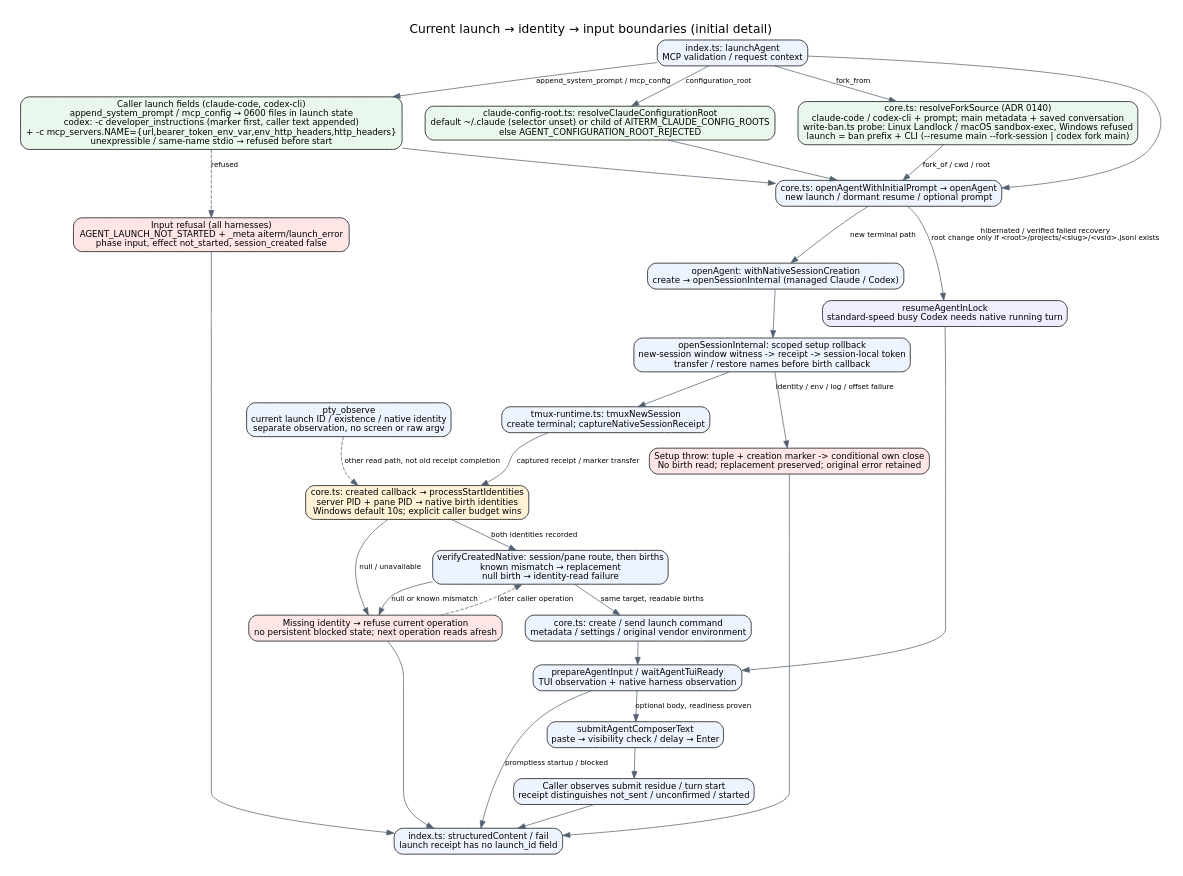
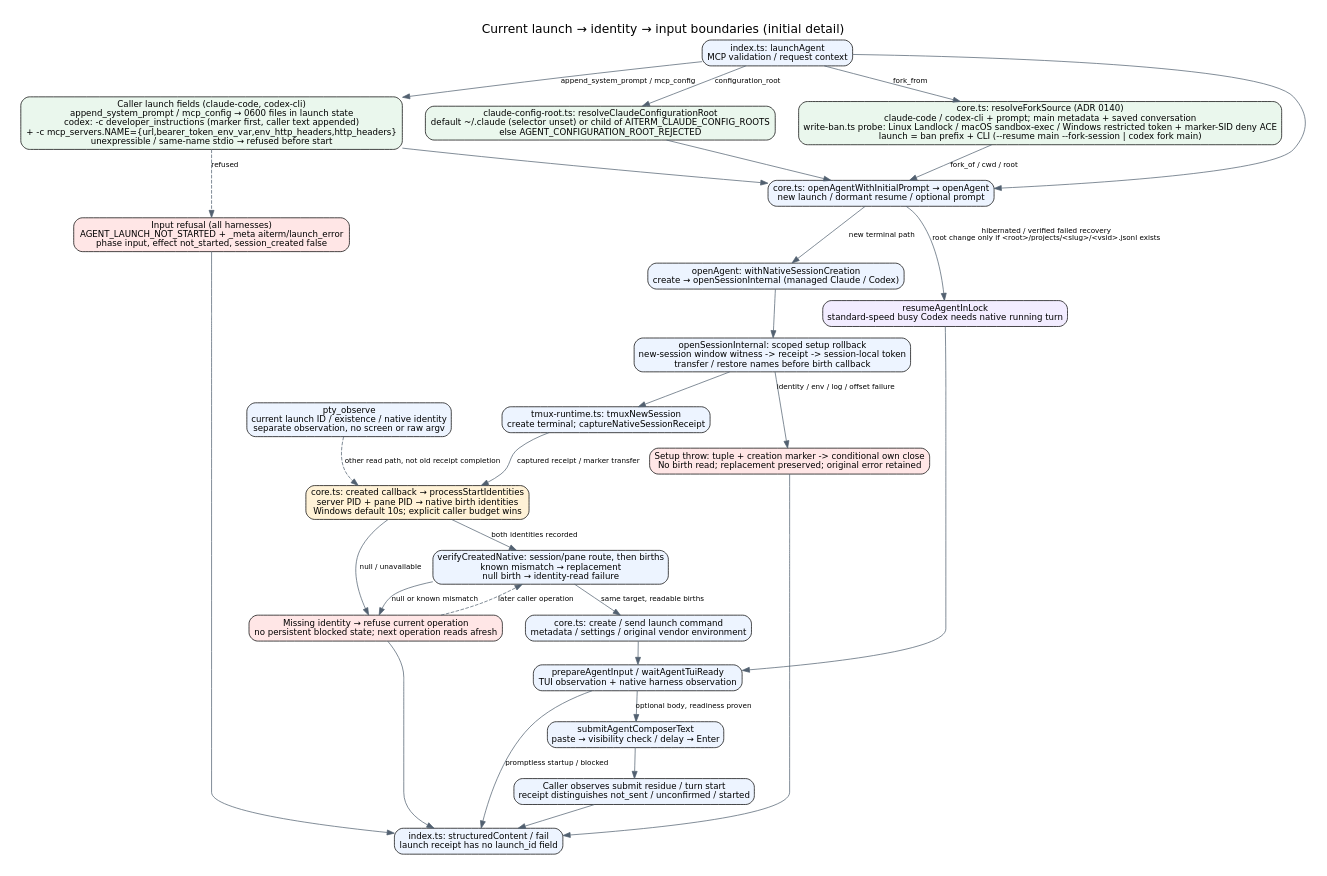
One commit to kitepon/aiterm-mcp changed the diagram in docs/architecture/launch-identity-input.dot. Above: the diagram before and after it, drawn with Graphviz. The commit also changed 13 other files, not shown here.

First line of the commit message:
Fork Windows seats with every write inside the project folder refused

```diff
--- a/docs/architecture/launch-identity-input.dot
+++ b/docs/architecture/launch-identity-input.dot
@@ -1,38 +1,38 @@
 digraph launch {
  graph [rankdir=TB,bgcolor="white",pad=0.3,nodesep=0.45,ranksep=0.45,label="Current launch → identity → input boundaries (initial detail)",labelloc=t,fontname="DejaVu Sans",fontsize=17];
  node [shape=box,style="rounded,filled",fillcolor="#edf4ff",fontname="DejaVu Sans",fontsize=12];
  edge [fontname="DejaVu Sans",fontsize=10,color="#526070"];
  request [label="index.ts: launchAgent\nMCP validation / request context"];
  root [label="claude-config-root.ts: resolveClaudeConfigurationRoot\ndefault ~/.claude (selector unset) or child of AITERM_CLAUDE_CONFIG_ROOTS\nelse AGENT_CONFIGURATION_ROOT_REJECTED",fillcolor="#eaf7ed"];
- fork [label="core.ts: resolveForkSource (ADR 0140)\nclaude-code / codex-cli + prompt; main metadata + saved conversation\nwrite-ban.ts probe: Linux Landlock / macOS sandbox-exec, Windows refused\nlaunch = ban prefix + CLI (--resume main --fork-session | codex fork main)",fillcolor="#eaf7ed"];
+ fork [label="core.ts: resolveForkSource (ADR 0140)\nclaude-code / codex-cli + prompt; main metadata + saved conversation\nwrite-ban.ts probe: Linux Landlock / macOS sandbox-exec / Windows restricted token + marker-SID deny ACE\nlaunch = ban prefix + CLI (--resume main --fork-session | codex fork main)",fillcolor="#eaf7ed"];
  caller [label="Caller launch fields (claude-code, codex-cli)\nappend_system_prompt / mcp_config → 0600 files in launch state\ncodex: -c developer_instructions (marker first, caller text appended)\n+ -c mcp_servers.NAME={url,bearer_token_env_var,env_http_headers,http_headers}\nunexpressible / same-name stdio → refused before start",fillcolor="#eaf7ed"];
  inputref [label="Input refusal (all harnesses)\nAGENT_LAUNCH_NOT_STARTED + _meta aiterm/launch_error\nphase input, effect not_started, session_created false",fillcolor="#ffe6e6"];
  entry [label="core.ts: openAgentWithInitialPrompt → openAgent\nnew launch / dormant resume / optional prompt"];
  create [label="openAgent: withNativeSessionCreation\ncreate → openSessionInternal (managed Claude / Codex)"];
  mux [label="tmux-runtime.ts: tmuxNewSession\ncreate terminal; captureNativeSessionReceipt"];
  identity [label="core.ts: created callback → processStartIdentities\nserver PID + pane PID → native birth identities\nWindows default 10s; explicit caller budget wins",fillcolor="#fff2d7"];
  verify [label="verifyCreatedNative: session/pane route, then births\nknown mismatch → replacement\nnull birth → identity-read failure"];
  fail [label="Missing identity → refuse current operation\nno persistent blocked state; next operation reads afresh",fillcolor="#ffe6e6"];
  launch [label="core.ts: create / send launch command\nmetadata / settings / original vendor environment"];
  ready [label="prepareAgentInput / waitAgentTuiReady\nTUI observation + native harness observation"];
  resume [label="resumeAgentInLock\nstandard-speed busy Codex needs native running turn",fillcolor="#f2ecff"];
  input [label="submitAgentComposerText\npaste → visibility check / delay → Enter"];
  after [label="Caller observes submit residue / turn start\nreceipt distinguishes not_sent / unconfirmed / started"];
  receipt [label="index.ts: structuredContent / fail\nlaunch receipt has no launch_id field"];
  observe [label="pty_observe\ncurrent launch ID / existence / native identity\nseparate observation, no screen or raw argv"];
  request -> caller [label="append_system_prompt / mcp_config"];caller -> entry;caller -> inputref [label="refused",style=dashed];inputref -> receipt;request -> root [label="configuration_root"];root -> entry;request -> entry;request -> fork [label="fork_from"];fork -> entry [label="fork_of / cwd / root"];entry -> create [label="new terminal path"];entry -> resume [label="hibernated / verified failed recovery\nroot change only if <root>/projects/<slug>/<vsid>.jsonl exists"];
  setup [label="openSessionInternal: scoped setup rollback\nnew-session window witness -> receipt -> session-local token\ntransfer / restore names before birth callback"];
  rollback_setup [label="Setup throw: tuple + creation marker -> conditional own close\nNo birth read; replacement preserved; original error retained",fillcolor="#ffe6e6"];
  create -> setup;setup -> mux;mux -> identity [label="captured receipt / marker transfer"];
  setup -> rollback_setup [label="identity / env / log / offset failure"];
  rollback_setup -> receipt;
  identity -> fail [label="null / unavailable"];fail -> receipt;
  identity -> verify [label="both identities recorded"];
  verify -> launch [label="same target, readable births"];
  verify -> fail [label="null or known mismatch"];
  fail -> verify [label="later caller operation",style=dashed];
  launch -> ready;resume -> ready;ready -> input [label="optional body, readiness proven"];
  ready -> receipt [label="promptless startup / blocked"];
  input -> after;after -> receipt;
  observe -> identity [label="other read path, not old receipt completion",style=dashed];
 }
```
